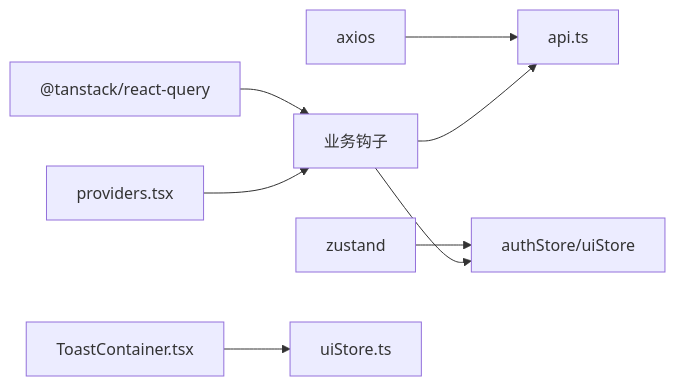
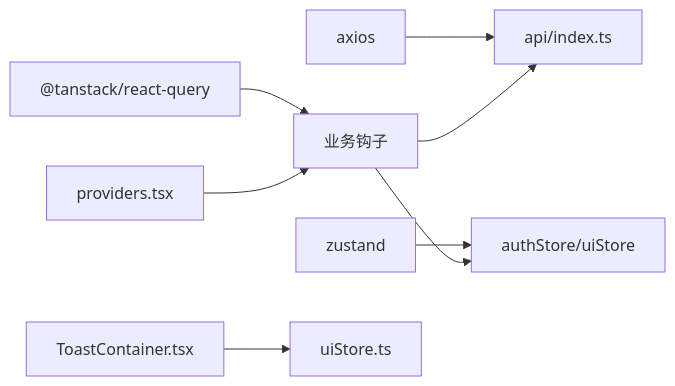
One commit to gujialind/InvestRing changed diagram 11 of 11 in .qoder/repowiki/zh/content/前端应用架构/状态管理策略/状态管理策略.md. Above: the diagram before and after it, drawn with Mermaid. The commit also changed other lines of this file and 39 other files, not shown here.

````diff
--- a/.qoder/repowiki/zh/content/前端应用架构/状态管理策略/状态管理策略.md
+++ b/.qoder/repowiki/zh/content/前端应用架构/状态管理策略/状态管理策略.md
@@ -400,10 +544,10 @@
 ```mermaid
 graph LR
 ReactQuery["@tanstack/react-query"] --> Hooks["业务钩子"]
 Zustand["zustand"] --> Stores["authStore/uiStore"]
-Axios["axios"] --> API["api.ts"]
-Hooks --> API
+Axios["axios"] --> APIClient["api/index.ts"]
+Hooks --> APIClient
 Hooks --> Stores
 Providers["providers.tsx"] --> Hooks
 Toast["ToastContainer.tsx"] --> UIStore["uiStore.ts"]
 ```
````
